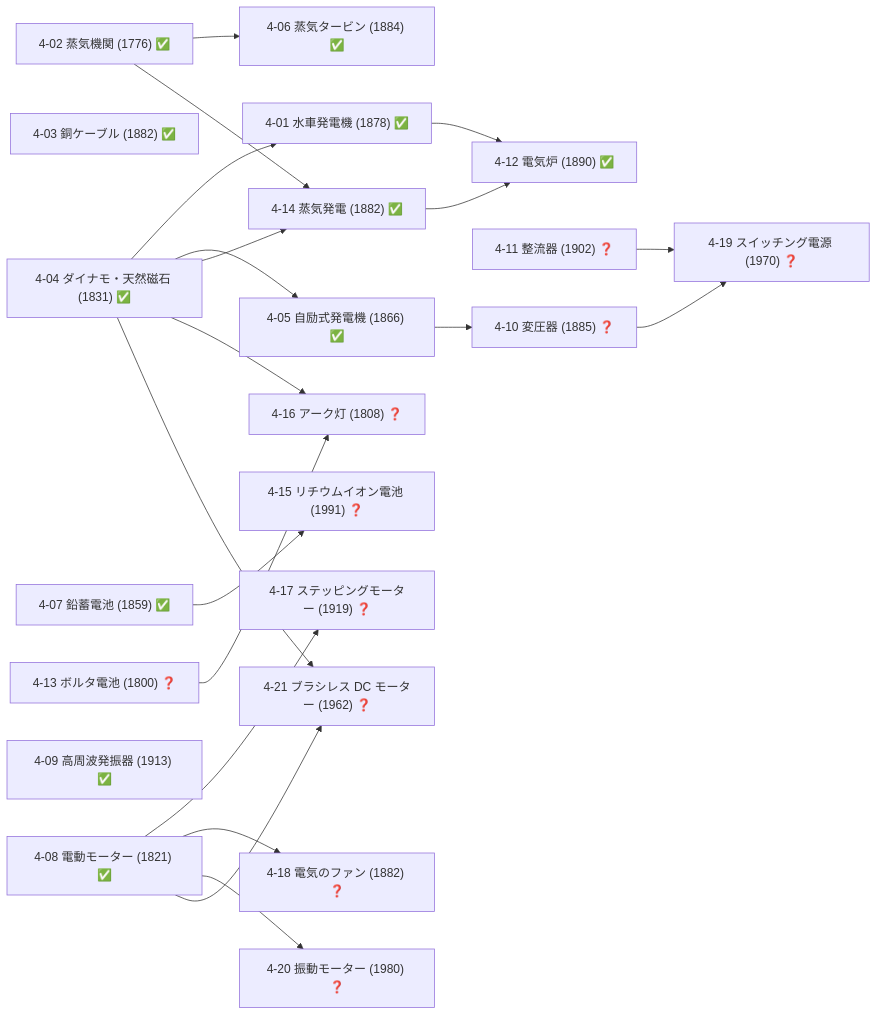
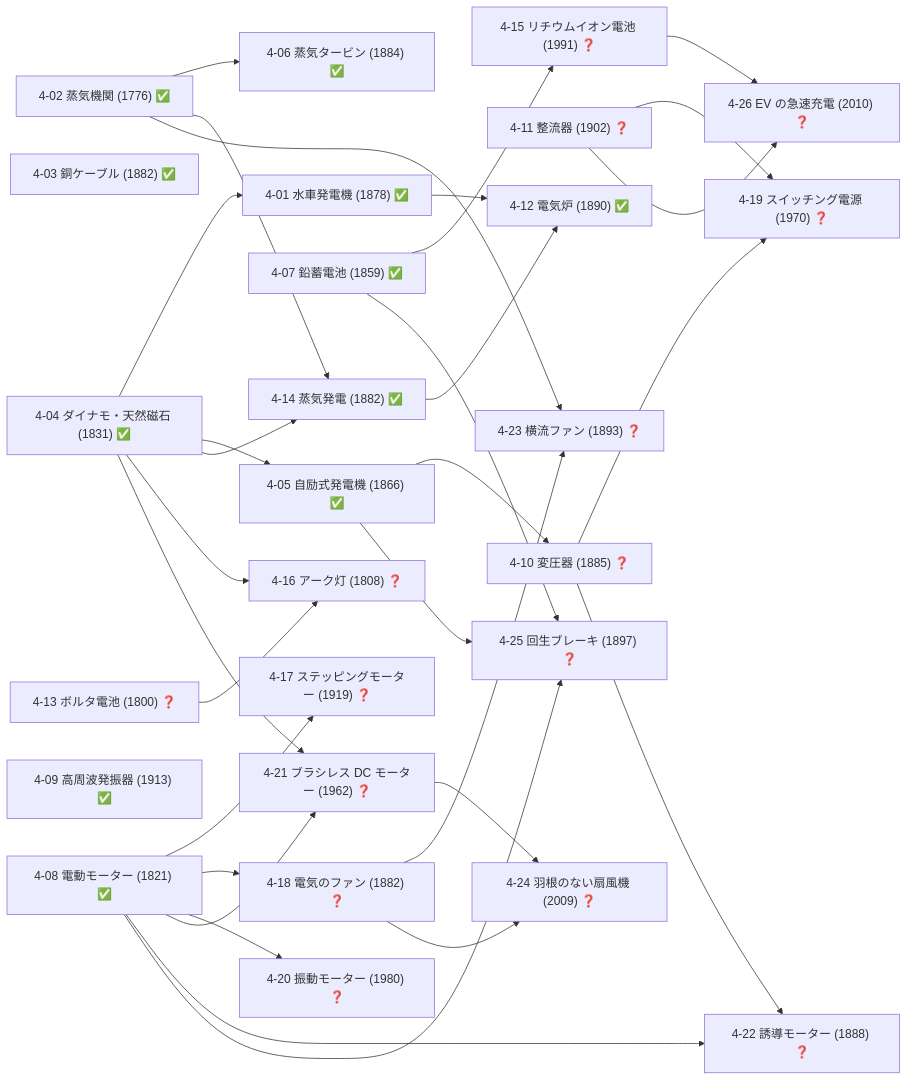
The seventh of 19 diagrams in docs/TECH_TREE_VIEW.md (taku3i0317-collab/semiconductor-lab), drawn with Mermaid before and after one commit. The commit also changed other lines of this file and 16 other files, not shown here.

````diff
--- a/docs/TECH_TREE_VIEW.md
+++ b/docs/TECH_TREE_VIEW.md
@@ -363,42 +364,58 @@
 ```mermaid
 graph LR
   n4_01["4-01 水車発電機 (1878) ✅"]
   n4_02["4-02 蒸気機関 (1776) ✅"]
   n4_03["4-03 銅ケーブル (1882) ✅"]
   n4_04["4-04 ダイナモ・天然磁石 (1831) ✅"]
   n4_05["4-05 自励式発電機 (1866) ✅"]
   n4_06["4-06 蒸気タービン (1884) ✅"]
   n4_07["4-07 鉛蓄電池 (1859) ✅"]
   n4_08["4-08 電動モーター (1821) ✅"]
   n4_09["4-09 高周波発振器 (1913) ✅"]
   n4_10["4-10 変圧器 (1885) ❓"]
   n4_11["4-11 整流器 (1902) ❓"]
   n4_12["4-12 電気炉 (1890) ✅"]
   n4_13["4-13 ボルタ電池 (1800) ❓"]
   n4_14["4-14 蒸気発電 (1882) ✅"]
   n4_15["4-15 リチウムイオン電池 (1991) ❓"]
   n4_16["4-16 アーク灯 (1808) ❓"]
   n4_17["4-17 ステッピングモーター (1919) ❓"]
   n4_18["4-18 電気のファン (1882) ❓"]
   n4_19["4-19 スイッチング電源 (1970) ❓"]
   n4_20["4-20 振動モーター (1980) ❓"]
   n4_21["4-21 ブラシレス DC モーター (1962) ❓"]
+  n4_22["4-22 誘導モーター (1888) ❓"]
+  n4_23["4-23 横流ファン (1893) ❓"]
+  n4_24["4-24 羽根のない扇風機 (2009) ❓"]
+  n4_25["4-25 回生ブレーキ (1897) ❓"]
+  n4_26["4-26 EV の急速充電 (2010) ❓"]
   n4_04-->n4_01
   n4_04-->n4_05
   n4_02-->n4_06
   n4_05-->n4_10
   n4_01-->n4_12
   n4_14-->n4_12
   n4_02-->n4_14
   n4_04-->n4_14
   n4_07-->n4_15
   n4_04-->n4_16
   n4_13-->n4_16
   n4_08-->n4_17
   n4_08-->n4_18
   n4_10-->n4_19
   n4_11-->n4_19
   n4_08-->n4_20
   n4_04-->n4_21
   n4_08-->n4_21
+  n4_08-->n4_22
+  n4_10-->n4_22
+  n4_02-->n4_23
+  n4_18-->n4_23
+  n4_18-->n4_24
+  n4_21-->n4_24
+  n4_05-->n4_25
+  n4_07-->n4_25
+  n4_08-->n4_25
+  n4_11-->n4_26
+  n4_15-->n4_26
 ```
````
